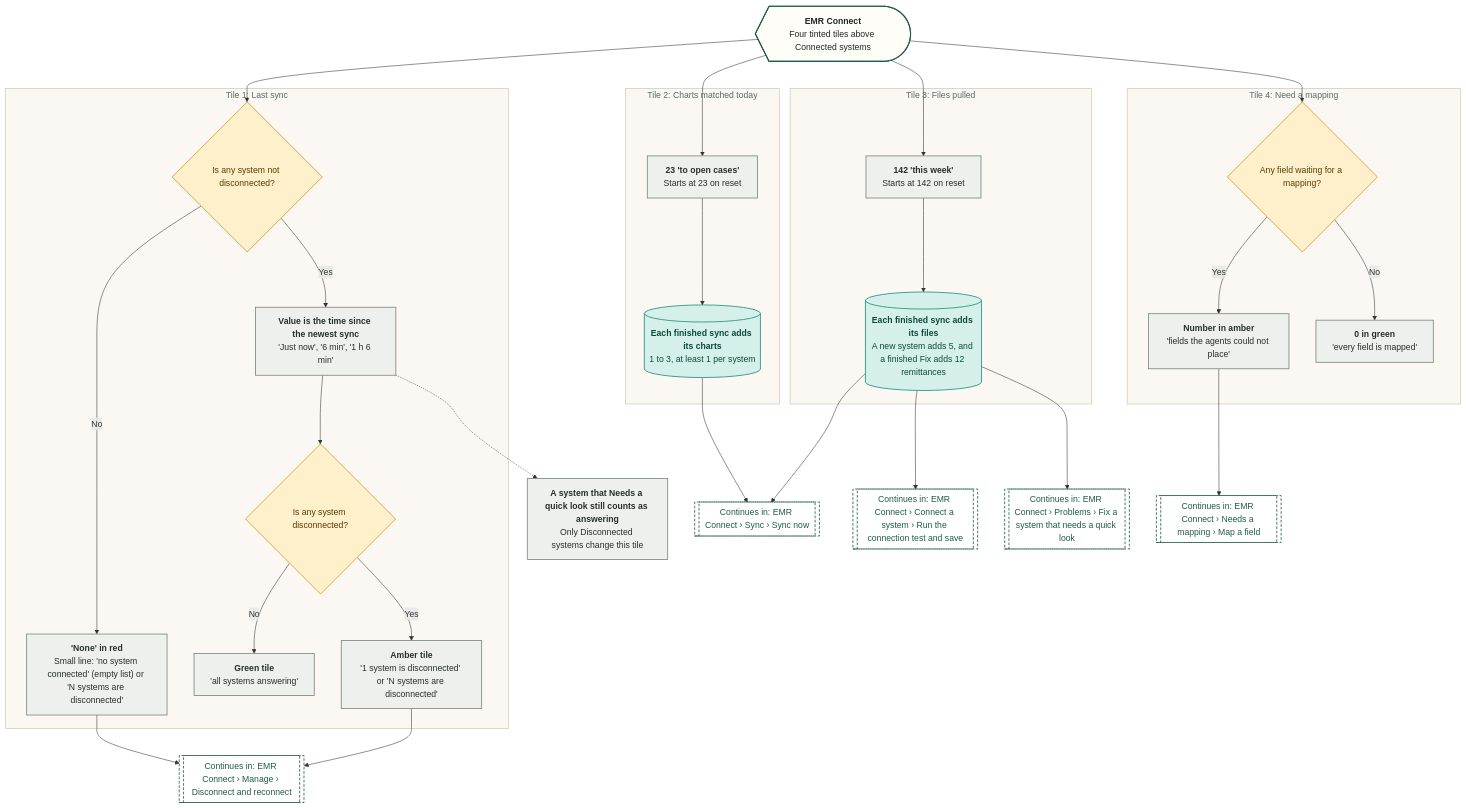
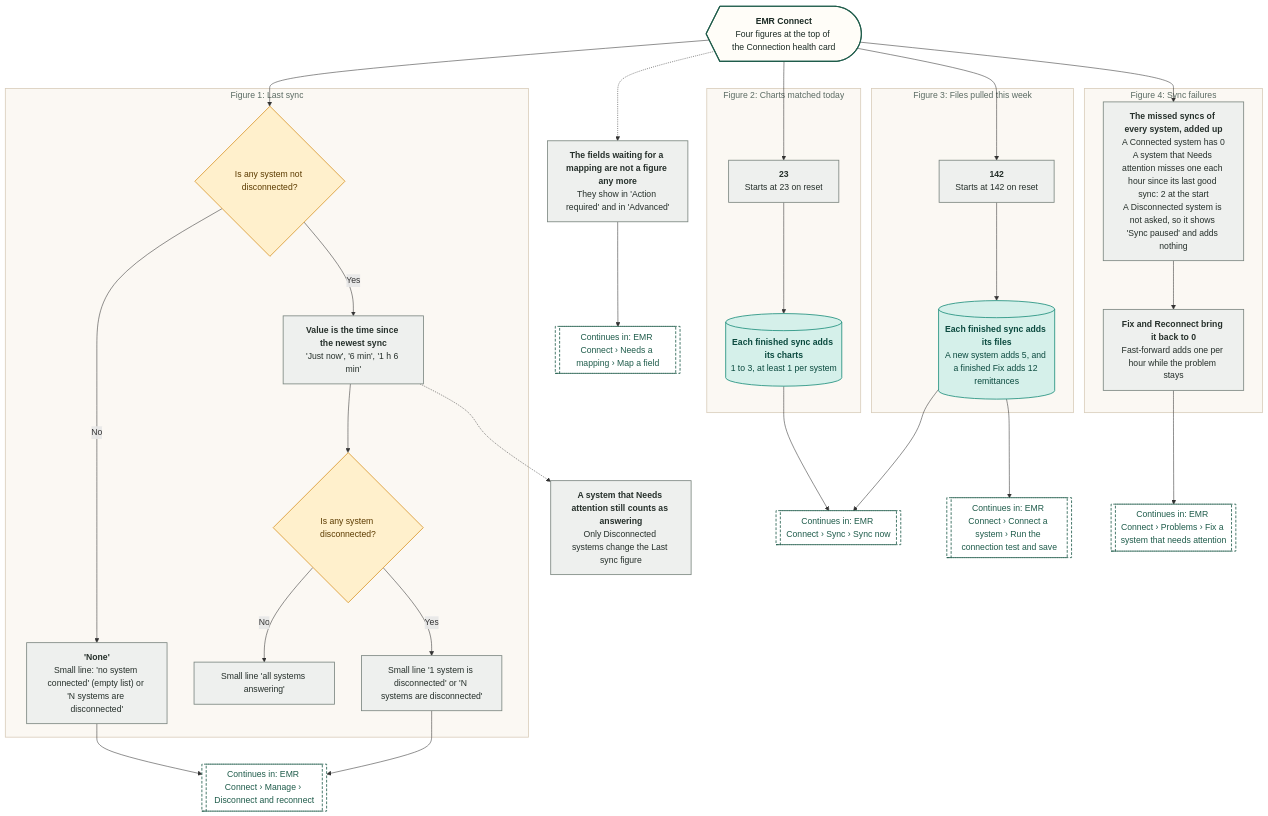
One commit to Shrav143/psyfloapp changed the second of 20 diagrams in demos/prior-auth-demo/workflows/out/md/09-emr-connect.md. Above: the diagram before and after it, drawn with Mermaid. The commit also changed other lines of this file and 192 other files, not shown here.

First line of the commit message:
docs: changelog by sidebar tab; README, diagrams and Settings layout aligned with the refinement; shared InfoTip; referral cost-share line

````diff
--- a/demos/prior-auth-demo/workflows/out/md/09-emr-connect.md
+++ b/demos/prior-auth-demo/workflows/out/md/09-emr-connect.md
@@ -126,72 +116,71 @@
 ```mermaid
 %%{init: {"theme":"base","themeVariables":{"fontFamily":"'DM Sans', 'Segoe UI', system-ui, sans-serif","fontSize":"15px","lineColor":"#5B6B63","primaryTextColor":"#1C2B25","clusterBkg":"#FBF8F3","clusterBorder":"#D9CDBB","edgeLabelBackground":"#FFFFFF"},"flowchart":{"curve":"basis","nodeSpacing":36,"rankSpacing":48,"padding":12,"htmlLabels":true,"useMaxWidth":false,"wrappingWidth":230}} }%%
 flowchart TD
   classDef k_start fill:#1F5C4B,stroke:#174638,color:#FFFFFF,stroke-width:1.5px,font-weight:600
   classDef k_end fill:#DDEFE3,stroke:#2E7D4F,color:#14502F,stroke-width:1.5px,font-weight:600
   classDef k_endx fill:#FBE3E0,stroke:#C0392B,color:#7A1F16,stroke-width:1.5px,font-weight:600
   classDef k_screen fill:#FFFDF8,stroke:#1F5C4B,color:#1C2B25,stroke-width:2px
   classDef k_overlay fill:#F1F7F3,stroke:#1F5C4B,color:#1C2B25,stroke-width:2px,stroke-dasharray:5 3
   classDef k_click fill:#DCEBFA,stroke:#2F6DB5,color:#12365F,stroke-width:1.5px
   classDef k_input fill:#E4E7FF,stroke:#4C5FD5,color:#1D2670,stroke-width:1.5px
   classDef k_process fill:#EEF0EE,stroke:#7A857F,color:#26302B,stroke-width:1.5px
   classDef k_agent fill:#EEE5FA,stroke:#7A4FC2,color:#341A63,stroke-width:1.5px
   classDef k_decision fill:#FFF0CC,stroke:#D9962B,color:#5C3B00,stroke-width:1.5px
   classDef k_store fill:#D5F0EA,stroke:#1C8E7B,color:#0B4A3F,stroke-width:1.5px
   classDef k_doc fill:#F6E9DC,stroke:#B07A4C,color:#4A2E14,stroke-width:1.5px
   classDef k_ext fill:#FFE6D2,stroke:#E07B39,color:#6B2F06,stroke-width:1.5px
   classDef k_wait fill:#E4E8EE,stroke:#6B7C93,color:#26303D,stroke-width:1.5px
   classDef k_toast fill:#FFF9DB,stroke:#C9A400,color:#5A4A00,stroke-width:1.5px
   classDef k_goto fill:#FFFFFF,stroke:#1F5C4B,color:#1F5C4B,stroke-width:1.5px,stroke-dasharray:5 3
-  p1@{ shape: curv-trap, label: "<b>EMR Connect</b><br/>Four tinted tiles above Connected systems" }
-  subgraph gSync ["Tile 1: Last sync"]
+  p1@{ shape: curv-trap, label: "<b>EMR Connect</b><br/>Four figures at the top of the Connection health card" }
+  subgraph gSync ["Figure 1: Last sync"]
   q1@{ shape: diam, label: "Is any system not disconnected?" }
-  a1@{ shape: rect, label: "<b>'None' in red</b><br/>Small line: 'no system connected' (empty list) or 'N systems are disconnected'" }
+  a1@{ shape: rect, label: "<b>'None'</b><br/>Small line: 'no system connected' (empty list) or 'N systems are disconnected'" }
   a2@{ shape: rect, label: "<b>Value is the time since the newest sync</b><br/>'Just now', '6 min', '1 h 6 min'" }
   q2@{ shape: diam, label: "Is any system disconnected?" }
-  a3@{ shape: rect, label: "<b>Green tile</b><br/>'all systems answering'" }
-  a4@{ shape: rect, label: "<b>Amber tile</b><br/>'1 system is disconnected' or 'N systems are disconnected'" }
+  a3@{ shape: rect, label: "Small line 'all systems answering'" }
+  a4@{ shape: rect, label: "Small line '1 system is disconnected' or 'N systems are disconnected'" }
   end
-  subgraph gCharts ["Tile 2: Charts matched today"]
-  b1@{ shape: rect, label: "<b>23 'to open cases'</b><br/>Starts at 23 on reset" }
+  subgraph gCharts ["Figure 2: Charts matched today"]
+  b1@{ shape: rect, label: "<b>23</b><br/>Starts at 23 on reset" }
   b2@{ shape: cyl, label: "<b>Each finished sync adds its charts</b><br/>1 to 3, at least 1 per system" }
   end
-  subgraph gFiles ["Tile 3: Files pulled"]
-  c1@{ shape: rect, label: "<b>142 'this week'</b><br/>Starts at 142 on reset" }
+  subgraph gFiles ["Figure 3: Files pulled this week"]
+  c1@{ shape: rect, label: "<b>142</b><br/>Starts at 142 on reset" }
   c2@{ shape: cyl, label: "<b>Each finished sync adds its files</b><br/>A new system adds 5, and a finished Fix adds 12 remittances" }
   end
-  subgraph gMap ["Tile 4: Need a mapping"]
-  d1@{ shape: diam, label: "Any field waiting for a mapping?" }
-  d2@{ shape: rect, label: "<b>Number in amber</b><br/>'fields the agents could not place'" }
-  d3@{ shape: rect, label: "<b>0 in green</b><br/>'every field is mapped'" }
+  subgraph gFail ["Figure 4: Sync failures"]
+  d1@{ shape: rect, label: "<b>The missed syncs of every system, added up</b><br/>A Connected system has 0<br/>A system that Needs attention misses one each hour since its last good sync: 2 at the start<br/>A Disconnected system is not asked, so it shows 'Sync paused' and adds nothing" }
+  d2@{ shape: rect, label: "<b>Fix and Reconnect bring it back to 0</b><br/>Fast-forward adds one per hour while the problem stays" }
   end
-  n1@{ shape: rect, label: "<b>A system that Needs a quick look still counts as answering</b><br/>Only Disconnected systems change this tile" }
+  n1@{ shape: rect, label: "<b>A system that Needs attention still counts as answering</b><br/>Only Disconnected systems change the Last sync figure" }
+  n3@{ shape: rect, label: "<b>The fields waiting for a mapping are not a figure any more</b><br/>They show in 'Action required' and in 'Advanced'" }
   g1@{ shape: subproc, label: "Continues in: EMR Connect › Sync › Sync now" }
   g2@{ shape: subproc, label: "Continues in: EMR Connect › Connect a system › Run the connection test and save" }
   g3@{ shape: subproc, label: "Continues in: EMR Connect › Needs a mapping › Map a field" }
   g4@{ shape: subproc, label: "Continues in: EMR Connect › Manage › Disconnect and reconnect" }
-  g5@{ shape: subproc, label: "Continues in: EMR Connect › Problems › Fix a system that needs a quick look" }
+  g5@{ shape: subproc, label: "Continues in: EMR Connect › Problems › Fix a system that needs attention" }
   p1 --> q1 & b1 & c1 & d1
   q1 -->|"No"| a1
   q1 -->|"Yes"| a2 --> q2
   q2 -->|"No"| a3
   q2 -->|"Yes"| a4
   a2 -.-> n1
   a1 --> g4
   a4 --> g4
   b1 --> b2 --> g1
   c1 --> c2
   c2 --> g1
   c2 --> g2
-  c2 --> g5
-  d1 -->|"Yes"| d2 --> g3
-  d1 -->|"No"| d3
+  d1 --> d2 --> g5
+  p1 -.-> n3 --> g3
   class p1 k_screen
-  class q1,q2,d1 k_decision
-  class a1,a2,a3,a4,b1,c1,d2,d3,n1 k_process
+  class q1,q2 k_decision
+  class a1,a2,a3,a4,b1,c1,d1,d2,n1,n3 k_process
   class b2,c2 k_store
   class g1,g2,g3,g4,g5 k_goto
   style gSync fill:#FBF8F3,stroke:#D9CDBB,stroke-width:1.5px,color:#5B6B63
   style gCharts fill:#FBF8F3,stroke:#D9CDBB,stroke-width:1.5px,color:#5B6B63
   style gFiles fill:#FBF8F3,stroke:#D9CDBB,stroke-width:1.5px,color:#5B6B63
-  style gMap fill:#FBF8F3,stroke:#D9CDBB,stroke-width:1.5px,color:#5B6B63
+  style gFail fill:#FBF8F3,stroke:#D9CDBB,stroke-width:1.5px,color:#5B6B63
 ```
````
